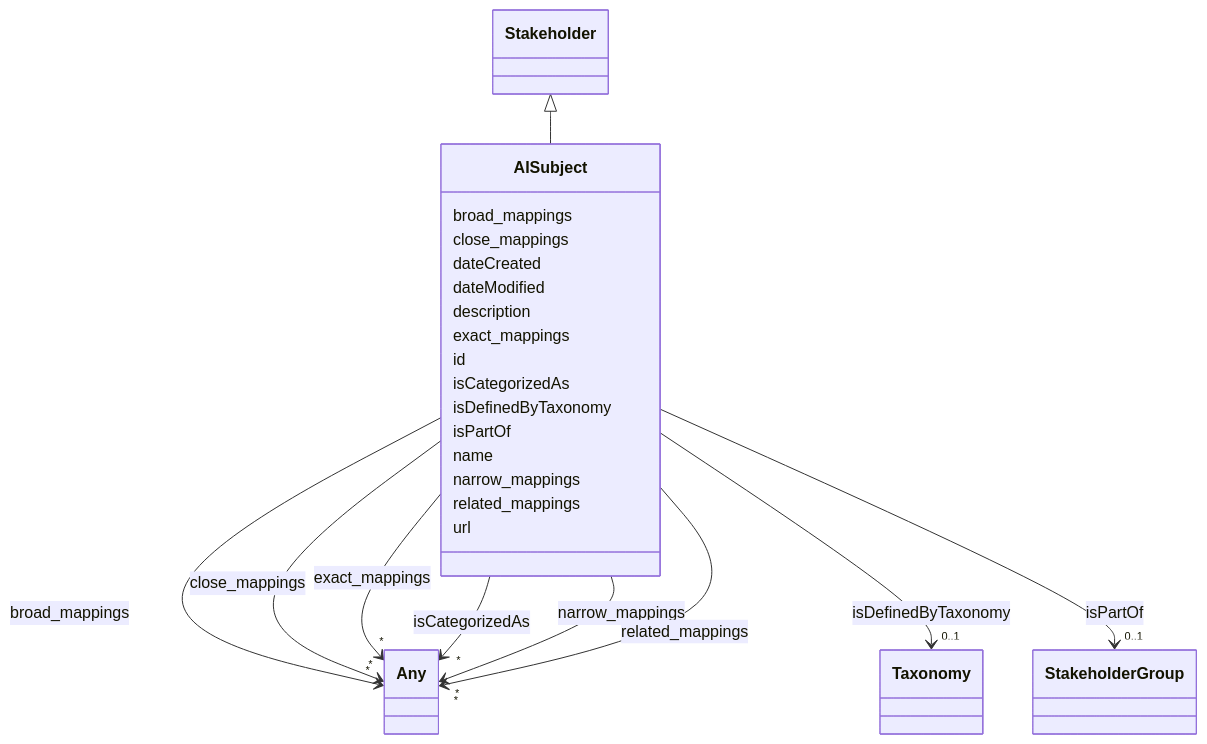
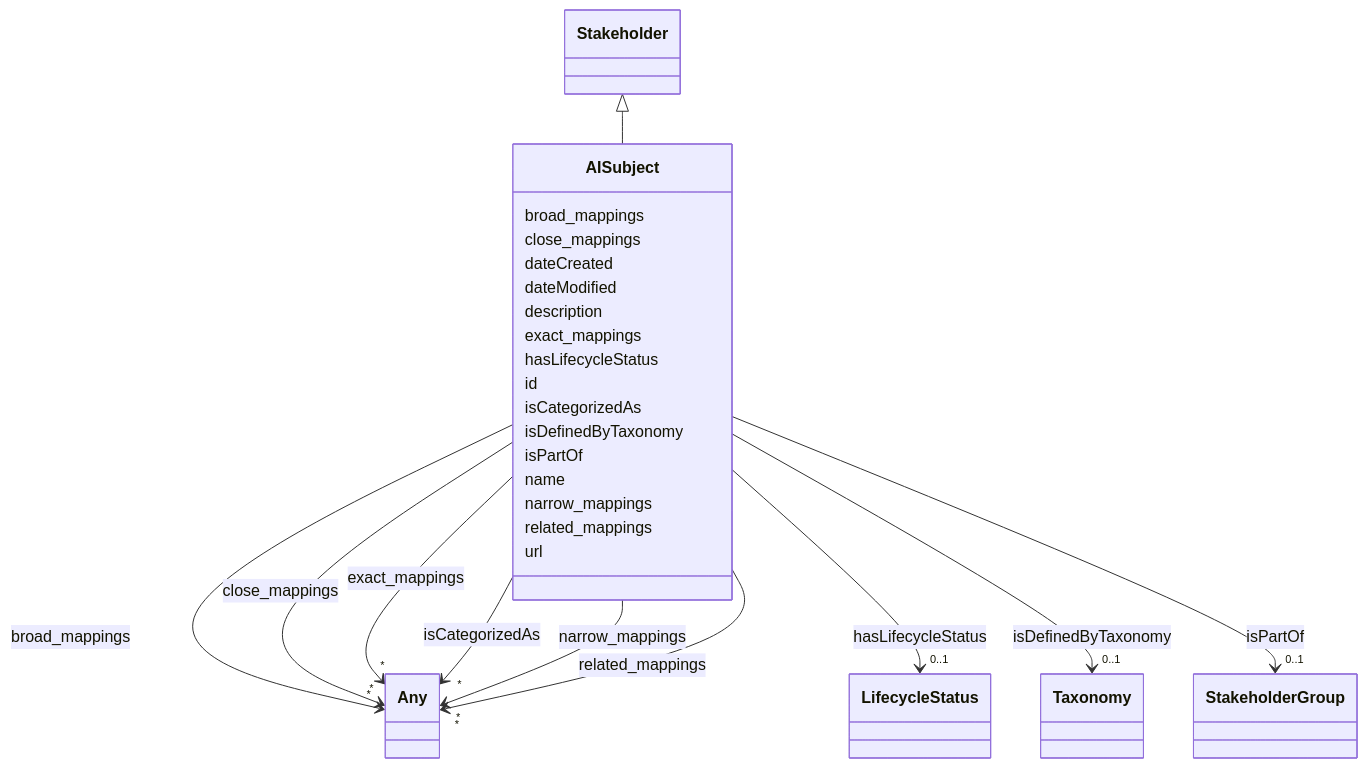
The diagram in docs/ontology/AISubject.md (ingelise/risk-atlas-nexus), drawn with Mermaid before and after one commit. The commit also changed other lines of this file and 206 other files, not shown here.

```diff
--- a/docs/ontology/AISubject.md
+++ b/docs/ontology/AISubject.md
@@ -54,6 +54,17 @@
 
         AISubject --> "*" Any : exact_mappings
         click Any href "../Any/"
+
+
+
+      AISubject : hasLifecycleStatus
+
+
+
+
+
+        AISubject --> "0..1" LifecycleStatus : hasLifecycleStatus
+        click LifecycleStatus href "../LifecycleStatus/"
 
 
 
```
